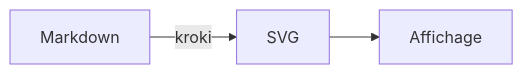
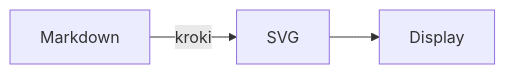
Before and after one commit to vdidon/kroki-deskapp: the first of 2 diagrams in samples/diagtest.md, drawn with Mermaid. The commit also changed other lines of this file and 10 other files, not shown here.

````diff
--- a/samples/diagtest.md
+++ b/samples/diagtest.md
@@ -3,3 +3,3 @@
 ```mermaid
-graph LR; A[Markdown] -->|kroki| B[SVG]; B --> C[Affichage];
+graph LR; A[Markdown] -->|kroki| B[SVG]; B --> C[Display];
 ```
````
